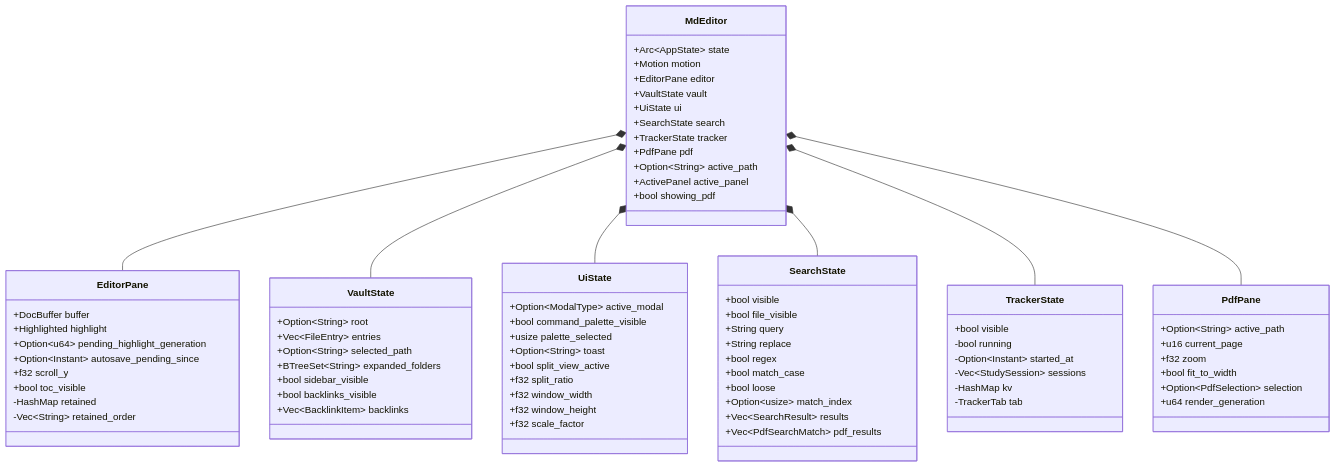
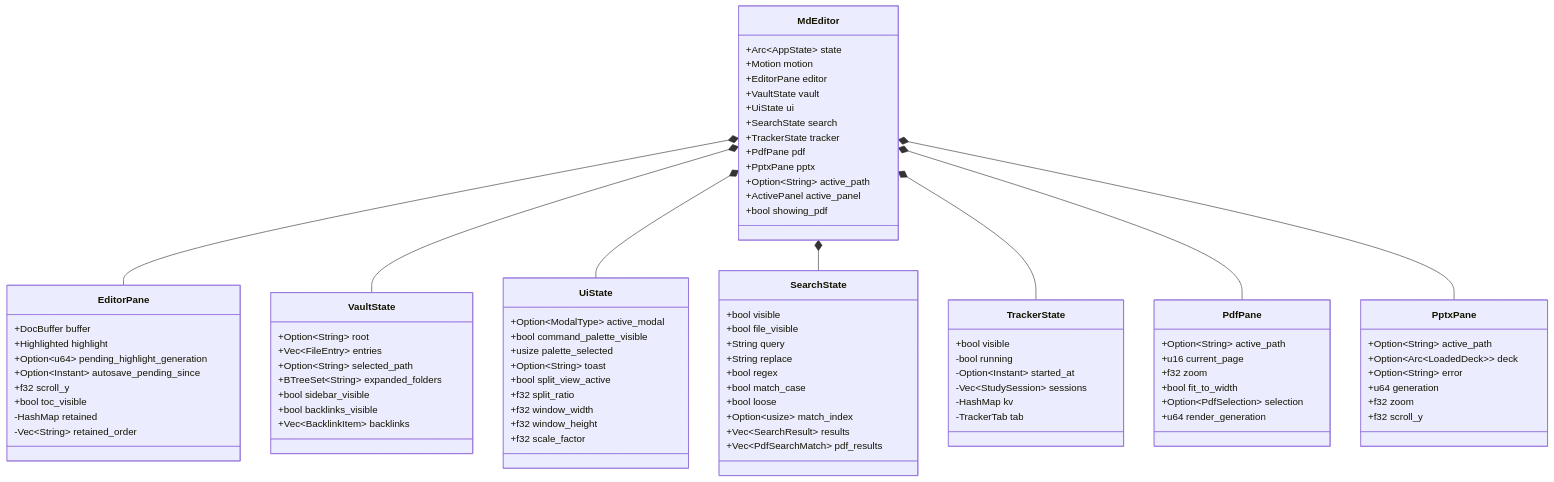
Before and after one commit to Suranjan77/md-editor: the second of 2 diagrams in wiki/Native-Desktop-GUI.md, drawn with Mermaid. The commit also changed other lines of this file and 31 other files, not shown here.

````diff
--- a/wiki/Native-Desktop-GUI.md
+++ b/wiki/Native-Desktop-GUI.md
@@ -105,6 +105,7 @@
         +SearchState search
         +TrackerState tracker
         +PdfPane pdf
+        +PptxPane pptx
         +Option~String~ active_path
         +ActivePanel active_panel
         +bool showing_pdf
@@ -167,6 +168,14 @@
         +Option~PdfSelection~ selection
         +u64 render_generation
     }
+    class PptxPane {
+        +Option~String~ active_path
+        +Option~Arc~LoadedDeck~~ deck
+        +Option~String~ error
+        +u64 generation
+        +f32 zoom
+        +f32 scroll_y
+    }
 
     MdEditor *-- EditorPane
     MdEditor *-- VaultState
@@ -174,4 +183,5 @@
     MdEditor *-- SearchState
     MdEditor *-- TrackerState
     MdEditor *-- PdfPane
+    MdEditor *-- PptxPane
 ```
````
